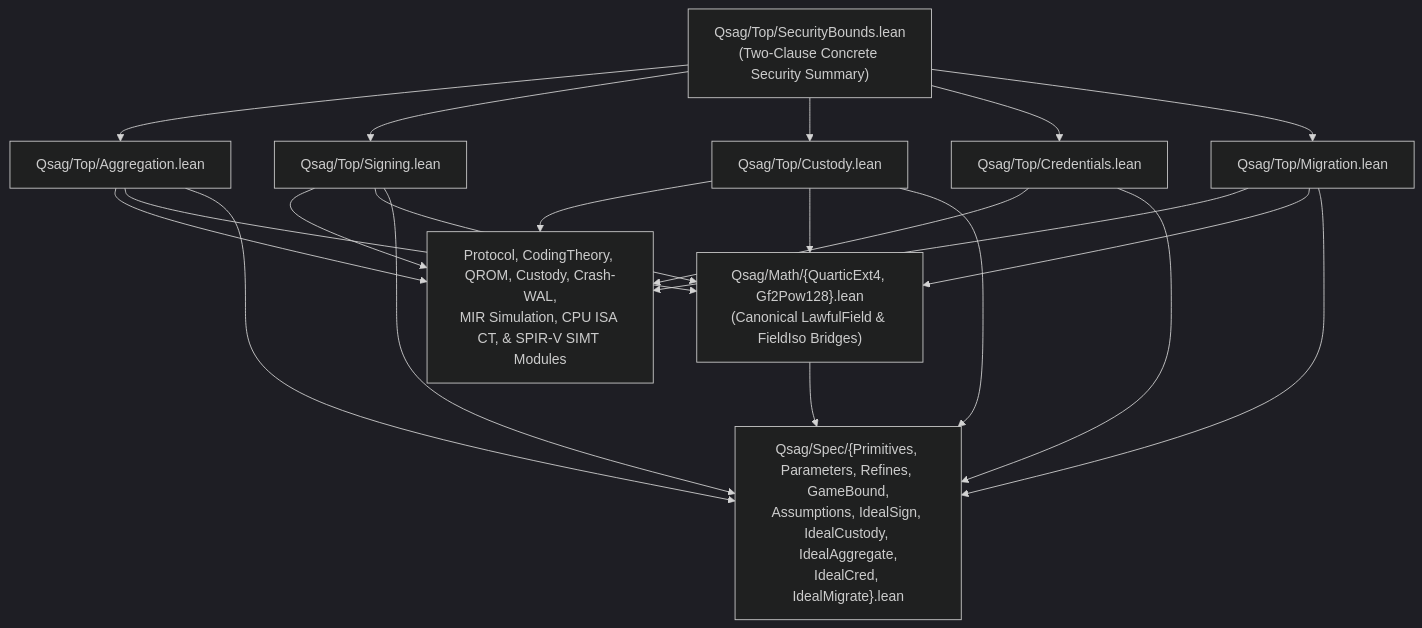
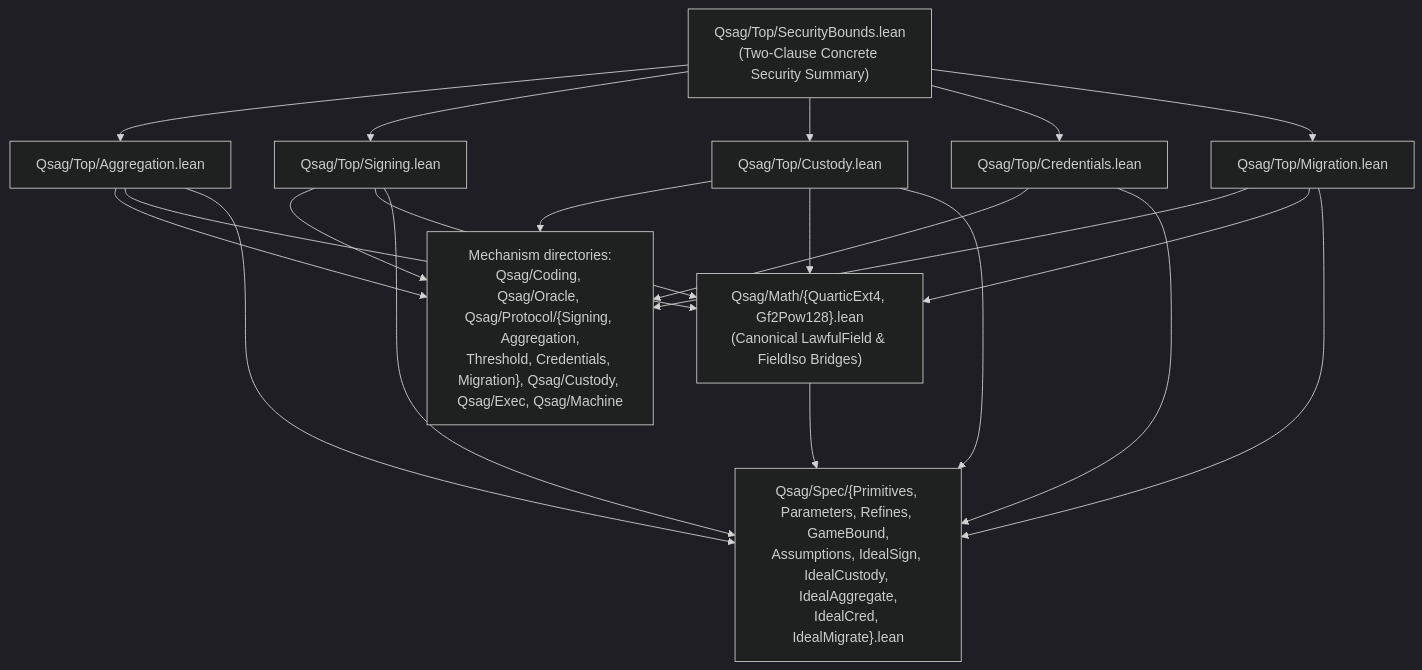
One commit to emberian/qsag changed the diagram in docs/PROOF_ARCHITECTURE.md. Above: the diagram before and after it, drawn with Mermaid (dark theme). The commit also changed other lines of this file and 4 other files, not shown here.

First line of the commit message:
docs, lean: align proof architecture notes with the restructured tree

````diff
--- a/docs/PROOF_ARCHITECTURE.md
+++ b/docs/PROOF_ARCHITECTURE.md
@@ -19,19 +19,19 @@
 ```mermaid
 flowchart TD
     TopSec["Qsag/Top/SecurityBounds.lean<br/>(Two-Clause Concrete Security Summary)"]
     TopAgg["Qsag/Top/Aggregation.lean"]
     TopSign["Qsag/Top/Signing.lean"]
     TopCust["Qsag/Top/Custody.lean"]
     TopCred["Qsag/Top/Credentials.lean"]
     TopMig["Qsag/Top/Migration.lean"]
 
-    Mech["Protocol, CodingTheory, QROM, Custody, Crash-WAL,<br/>MIR Simulation, CPU ISA CT, & SPIR-V SIMT Modules"]
+    Mech["Mechanism directories:<br/>Qsag/Coding, Qsag/Oracle, Qsag/Protocol/{Signing, Aggregation,<br/>Threshold, Credentials, Migration}, Qsag/Custody, Qsag/Exec, Qsag/Machine"]
     Math["Qsag/Math/{QuarticExt4, Gf2Pow128}.lean<br/>(Canonical LawfulField & FieldIso Bridges)"]
     Spec["Qsag/Spec/{Primitives, Parameters, Refines, GameBound,<br/>Assumptions, IdealSign, IdealCustody, IdealAggregate,<br/>IdealCred, IdealMigrate}.lean"]
 
     TopSec --> TopAgg & TopSign & TopCust & TopCred & TopMig
     TopAgg & TopSign & TopCust & TopCred & TopMig --> Mech
     TopAgg & TopSign & TopCust & TopMig --> Math
     TopAgg & TopSign & TopCust & TopCred & TopMig --> Spec
     Math --> Spec
 ```
````
